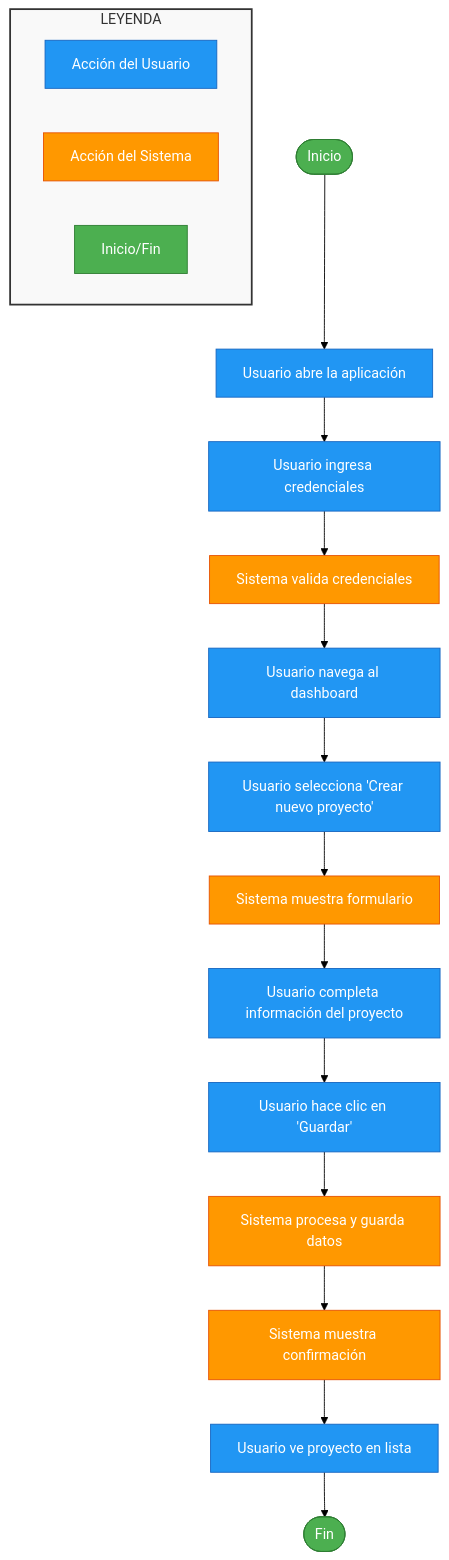
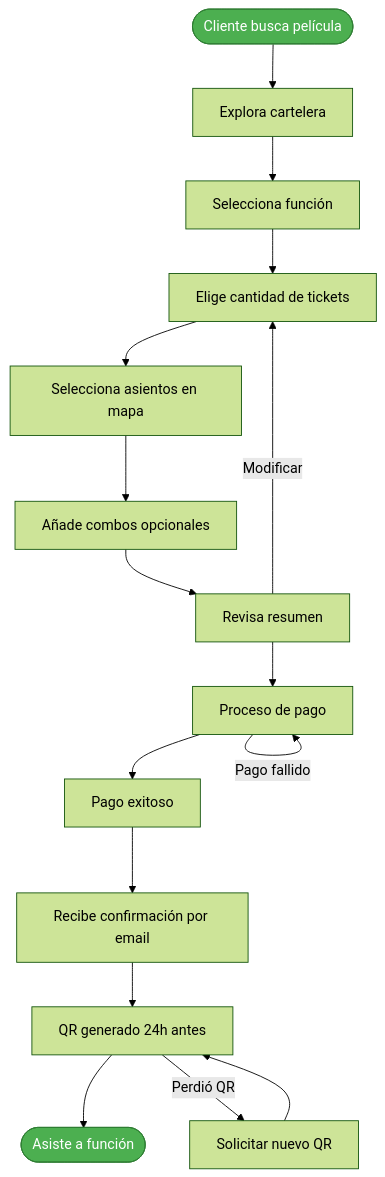
One commit to AngelFelizR/cineflow changed the diagram in README.md. Above: the diagram before and after it, drawn with Mermaid (forest theme). The commit also changed other lines of this file, not shown here.

Commit message:
mejorando definición de task flows

````diff
--- a/README.md
+++ b/README.md
@@ -42,43 +73,24 @@
 ```mermaid
 flowchart TD
-    Start([Inicio]) --> Step1[Usuario abre la aplicación]
-    Step1 --> Step2[Usuario ingresa credenciales]
-    Step2 --> Step3[Sistema valida credenciales]
-    Step3 --> Step4[Usuario navega al dashboard]
-    Step4 --> Step5[Usuario selecciona 'Crear nuevo proyecto']
-    Step5 --> Step6[Sistema muestra formulario]
-    Step6 --> Step7[Usuario completa información del proyecto]
-    Step7 --> Step8[Usuario hace clic en 'Guardar']
-    Step8 --> Step9[Sistema procesa y guarda datos]
-    Step9 --> Step10[Sistema muestra confirmación]
-    Step10 --> Step11[Usuario ve proyecto en lista]
-    Step11 --> End([Fin])
+    Start([Cliente busca película]) --> Step1[Explora cartelera]
+    Step1 --> Step2[Selecciona función]
+    Step2 --> Step3[Elige cantidad de tickets]
+    Step3 --> Step4[Selecciona asientos en mapa]
+    Step4 --> Step5[Añade combos opcionales]
+    Step5 --> Step6[Revisa resumen]
+    Step6 --> Step7[Proceso de pago]
+    Step7 --> Step8[Pago exitoso]
+    Step8 --> Step9[Recibe confirmación por email]
+    Step9 --> Step10[QR generado 24h antes]
+    Step10 --> End([Asiste a función])
     
-    %% Estilos por tipo de acción
+    %% Flujos alternativos
+    Step6 -->|Modificar| Step3
+    Step7 -->|Pago fallido| Step7
+    Step10 -->|Perdió QR| Step11[Solicitar nuevo QR]
+    Step11 --> Step10
+    
+    %% Estilos
     style Start fill:#4CAF50,stroke:#2E7D32,color:#fff
     style End fill:#4CAF50,stroke:#2E7D32,color:#fff
-    style Step1 fill:#2196F3,stroke:#1565C0,color:#fff
-    style Step2 fill:#2196F3,stroke:#1565C0,color:#fff
-    style Step4 fill:#2196F3,stroke:#1565C0,color:#fff
-    style Step5 fill:#2196F3,stroke:#1565C0,color:#fff
-    style Step7 fill:#2196F3,stroke:#1565C0,color:#fff
-    style Step8 fill:#2196F3,stroke:#1565C0,color:#fff
-    style Step11 fill:#2196F3,stroke:#1565C0,color:#fff
-    style Step3 fill:#FF9800,stroke:#E65100,color:#fff
-    style Step6 fill:#FF9800,stroke:#E65100,color:#fff
-    style Step9 fill:#FF9800,stroke:#E65100,color:#fff
-    style Step10 fill:#FF9800,stroke:#E65100,color:#fff
-    
-    %% Leyenda
-    subgraph Legend[" LEYENDA "]
-        L1[Acción del Usuario]
-        L2[Acción del Sistema]
-        L3[Inicio/Fin]
-        
-        style L1 fill:#2196F3,stroke:#1565C0,color:#fff
-        style L2 fill:#FF9800,stroke:#E65100,color:#fff
-        style L3 fill:#4CAF50,stroke:#2E7D32,color:#fff
-    end
-    
-    style Legend fill:#f9f9f9,stroke:#333,stroke-width:2px
 ```
````
